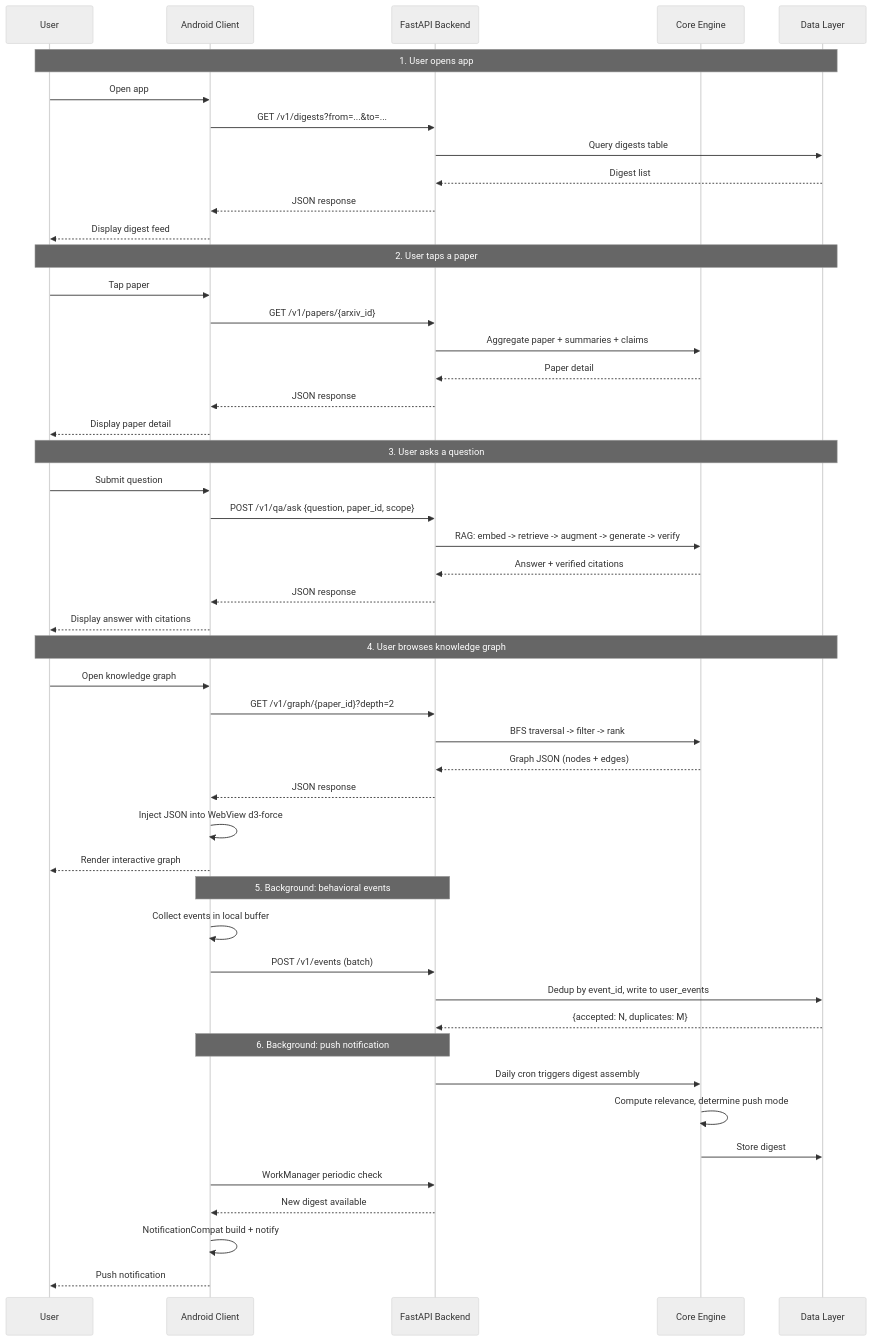
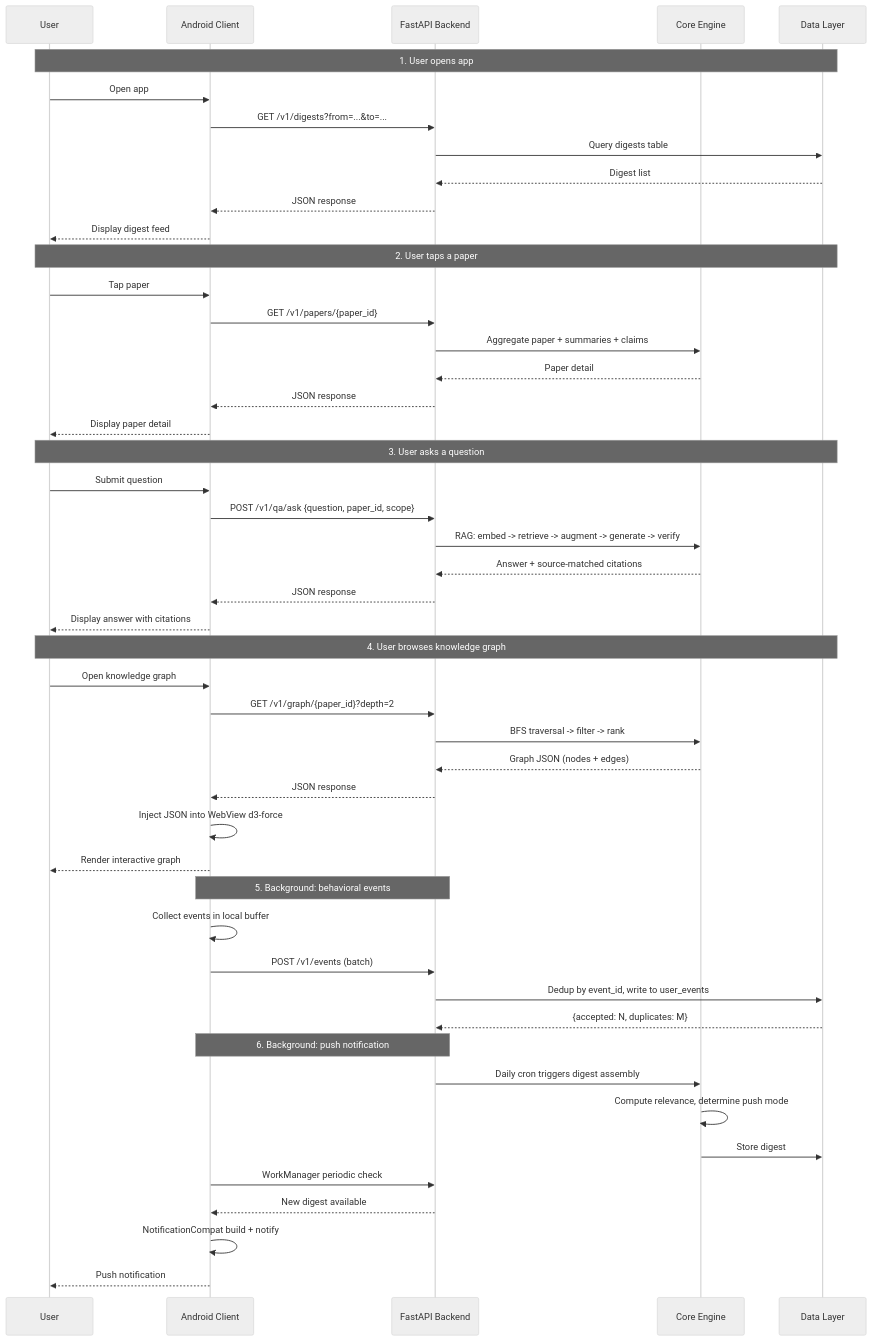
Before and after one commit to YUcxovo/MNEME: the fourth of 4 diagrams in README.md, drawn with Mermaid (neutral theme). The commit also changed other lines of this file, not shown here.

````diff
--- a/README.md
+++ b/README.md
@@ -658,56 +660,56 @@
 ```mermaid
 sequenceDiagram
     participant U as User
     participant A as Android Client
     participant B as FastAPI Backend
     participant E as Core Engine
     participant D as Data Layer
 
     Note over U,D: 1. User opens app
     U->>A: Open app
     A->>B: GET /v1/digests?from=...&to=...
     B->>D: Query digests table
     D-->>B: Digest list
     B-->>A: JSON response
     A-->>U: Display digest feed
 
     Note over U,D: 2. User taps a paper
     U->>A: Tap paper
-    A->>B: GET /v1/papers/{arxiv_id}
+    A->>B: GET /v1/papers/{paper_id}
     B->>E: Aggregate paper + summaries + claims
     E-->>B: Paper detail
     B-->>A: JSON response
     A-->>U: Display paper detail
 
     Note over U,D: 3. User asks a question
     U->>A: Submit question
     A->>B: POST /v1/qa/ask {question, paper_id, scope}
     B->>E: RAG: embed -> retrieve -> augment -> generate -> verify
-    E-->>B: Answer + verified citations
+    E-->>B: Answer + source-matched citations
     B-->>A: JSON response
     A-->>U: Display answer with citations
 
     Note over U,D: 4. User browses knowledge graph
     U->>A: Open knowledge graph
     A->>B: GET /v1/graph/{paper_id}?depth=2
     B->>E: BFS traversal -> filter -> rank
     E-->>B: Graph JSON (nodes + edges)
     B-->>A: JSON response
     A->>A: Inject JSON into WebView d3-force
     A-->>U: Render interactive graph
 
     Note over A,B: 5. Background: behavioral events
     A->>A: Collect events in local buffer
     A->>B: POST /v1/events (batch)
     B->>D: Dedup by event_id, write to user_events
     D-->>B: {accepted: N, duplicates: M}
 
     Note over A,B: 6. Background: push notification
     B->>E: Daily cron triggers digest assembly
     E->>E: Compute relevance, determine push mode
     E->>D: Store digest
     A->>B: WorkManager periodic check
     B-->>A: New digest available
     A->>A: NotificationCompat build + notify
     A-->>U: Push notification
 ```
````
